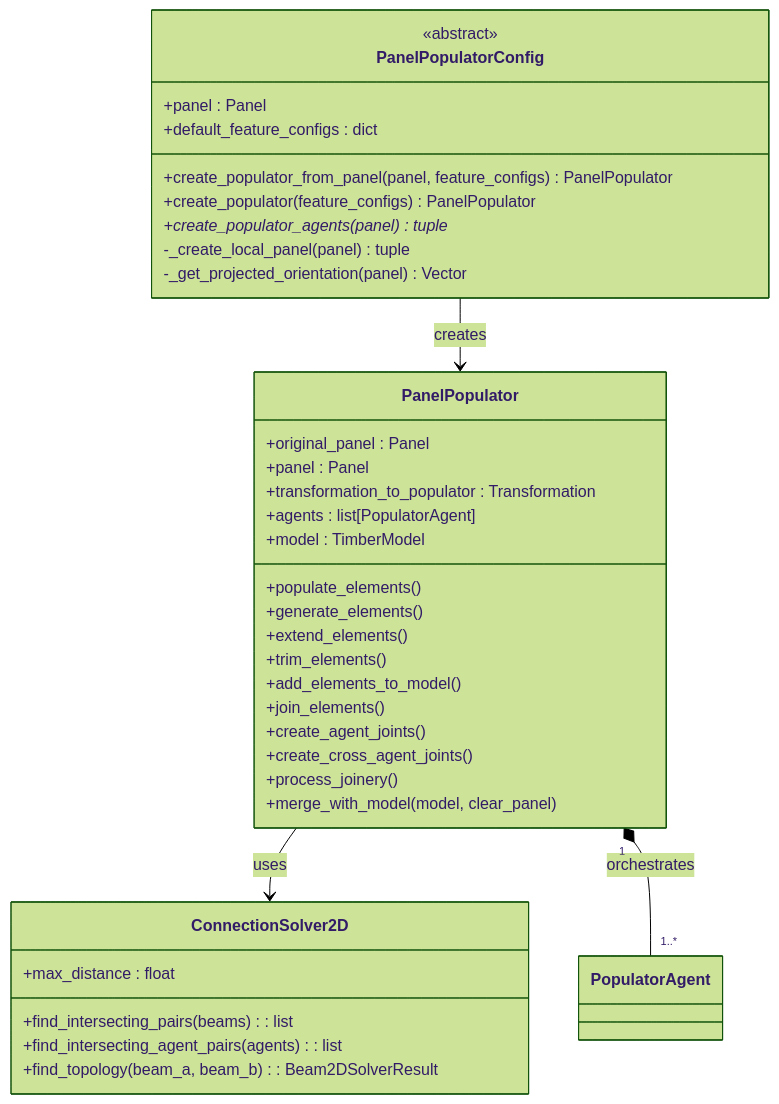
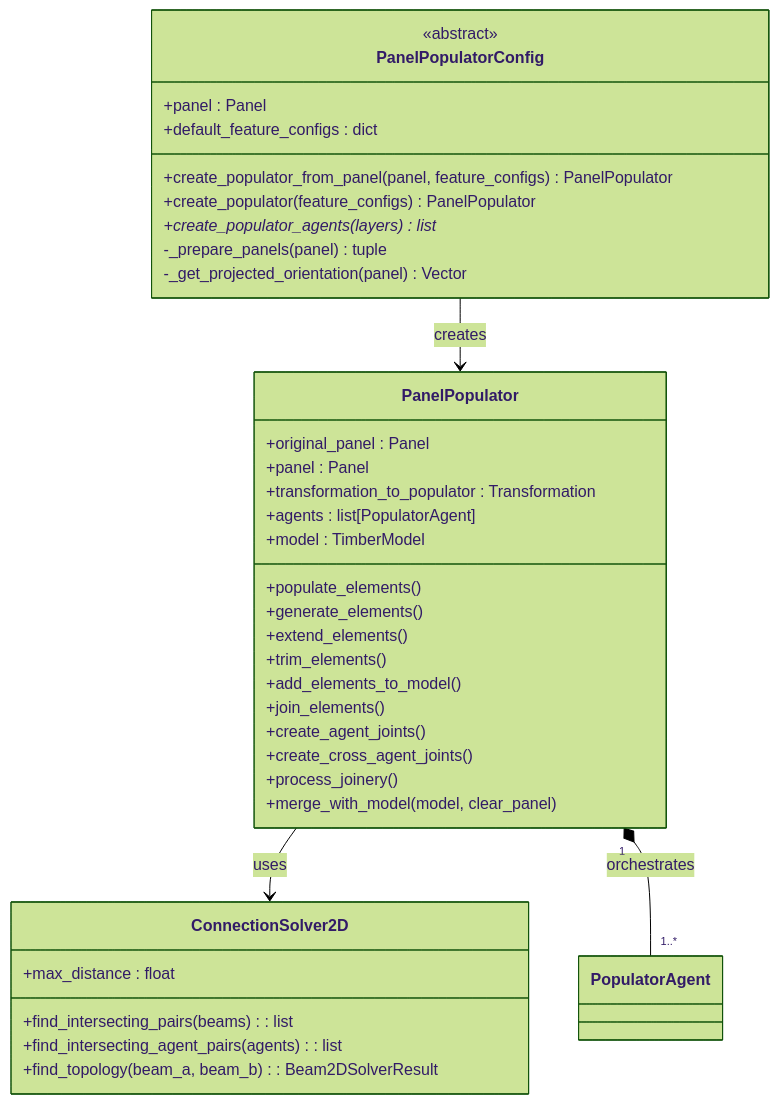
The first of 6 diagrams in docs/contribution/class_diagrams.md (gramaziokohler/timber_design), drawn with Mermaid (forest theme) before and after one commit. The commit also changed other lines of this file and 12 other files, not shown here.

````diff
--- a/docs/contribution/class_diagrams.md
+++ b/docs/contribution/class_diagrams.md
@@ -14,43 +14,43 @@
 ```mermaid
 classDiagram
 
     class PanelPopulator {
         +original_panel : Panel
         +panel : Panel
         +transformation_to_populator : Transformation
         +agents : list[PopulatorAgent]
         +model : TimberModel
         +populate_elements()
         +generate_elements()
         +extend_elements()
         +trim_elements()
         +add_elements_to_model()
         +join_elements()
         +create_agent_joints()
         +create_cross_agent_joints()
         +process_joinery()
         +merge_with_model(model, clear_panel)
     }
 
     class PanelPopulatorConfig {
         <<abstract>>
         +panel : Panel
         +default_feature_configs : dict
         +create_populator_from_panel(panel, feature_configs) PanelPopulator
         +create_populator(feature_configs) PanelPopulator
-        +create_populator_agents(panel)* tuple
-        -_create_local_panel(panel) tuple
+        +create_populator_agents(layers)* list
+        -_prepare_panels(panel) tuple
         -_get_projected_orientation(panel) Vector
     }
 
     class ConnectionSolver2D {
         +max_distance : float
         +find_intersecting_pairs(beams) : list
         +find_intersecting_agent_pairs(agents) : list
         +find_topology(beam_a, beam_b) : Beam2DSolverResult
     }
 
     PanelPopulatorConfig --> PanelPopulator : creates
     PanelPopulator --> ConnectionSolver2D : uses
     PanelPopulator "1" *-- "1..*" PopulatorAgent : orchestrates
 ```
````
